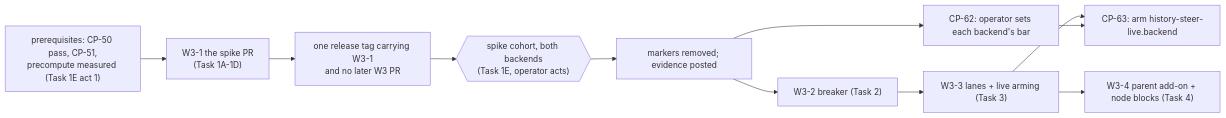
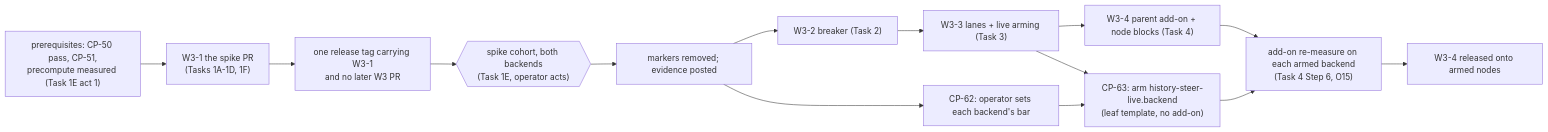
One commit to Synapsium-Labs/ccrc-pwa changed the diagram in docs/superpowers/plans/2026-10-29-ccrc-history-w3-steering.md. Above: the diagram before and after it, drawn with Mermaid. The commit also changed other lines of this file and 1 other file, not shown here.

````diff
--- a/docs/superpowers/plans/2026-10-29-ccrc-history-w3-steering.md
+++ b/docs/superpowers/plans/2026-10-29-ccrc-history-w3-steering.md
@@ -116,13 +118,16 @@
 ```mermaid
 flowchart LR
-  P["prerequisites: CP-50 pass, CP-51,<br/>precompute measured (Task 1E act 1)"] --> T1["W3-1 the spike PR<br/>(Task 1A-1D)"]
+  P["prerequisites: CP-50 pass, CP-51,<br/>precompute measured (Task 1E act 1)"] --> T1["W3-1 the spike PR<br/>(Tasks 1A-1D, 1F)"]
   T1 --> R1["one release tag carrying W3-1<br/>and no later W3 PR"]
   R1 --> C{{"spike cohort, both backends<br/>(Task 1E, operator acts)"}}
   C --> E["markers removed; evidence posted"]
   E --> B["CP-62: operator sets each backend's bar"]
   E --> T2["W3-2 breaker (Task 2)"]
   T2 --> T3["W3-3 lanes + live arming (Task 3)"]
+  T3 --> A["CP-63: arm history-steer-live.backend<br/>(leaf template, no add-on)"]
+  B --> A
   T3 --> T4["W3-4 parent add-on + node blocks (Task 4)"]
-  T3 --> A["CP-63: arm history-steer-live.backend"]
-  B --> A
+  T4 --> M["add-on re-measure on each armed backend<br/>(Task 4 Step 6, O15)"]
+  A --> M
+  M --> R4["W3-4 released onto armed nodes"]
 ```
````
